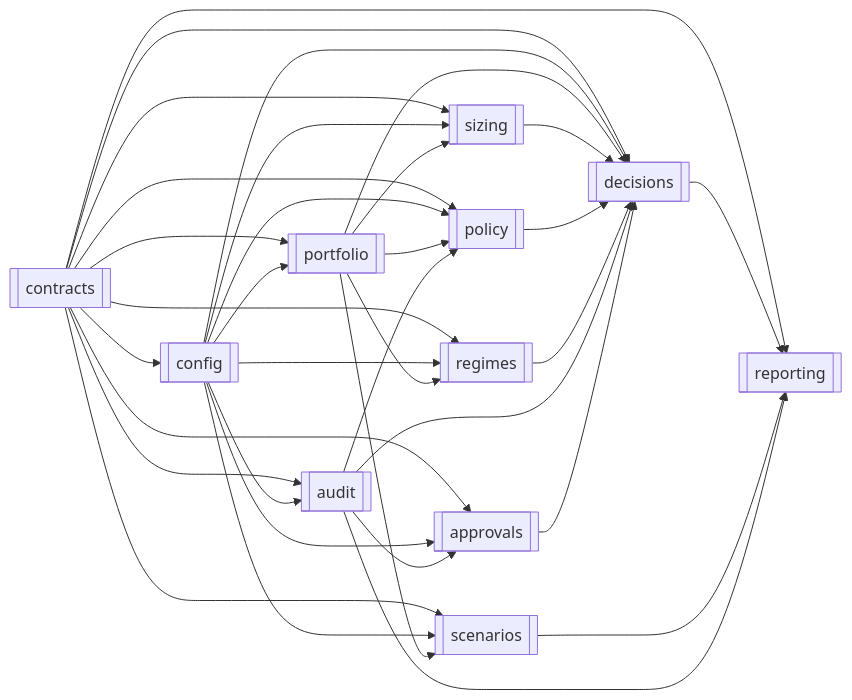
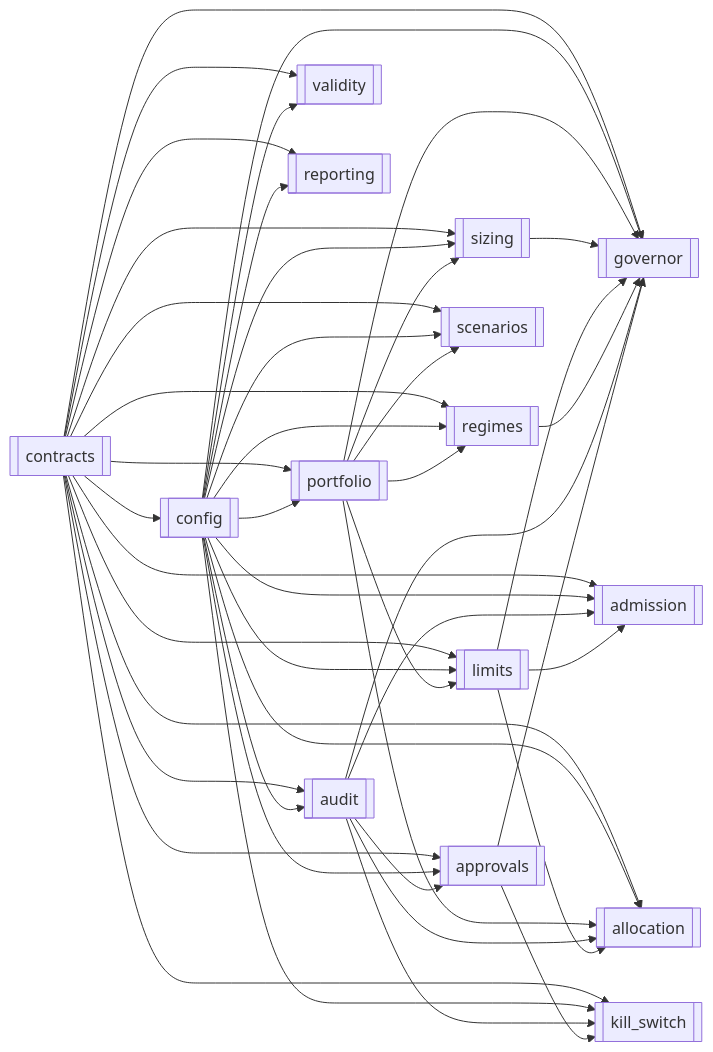
Before and after one commit to haruperi/HaruQuantAI: the second of 3 diagrams in app/services/risk/README.md, drawn with Mermaid. The commit also changed other lines of this file and 2078 other files, not shown here.

````diff
--- a/app/services/risk/README.md
+++ b/app/services/risk/README.md
@@ -200,36 +236,48 @@
 ```mermaid
 flowchart LR
     C[[contracts]] --> CFG[[config]]
     C --> P[[portfolio]]
     CFG --> P
     C --> S[[sizing]]
     CFG --> S
     P --> S
     C --> A[[audit]]
     CFG --> A
-    C --> POL[[policy]]
-    CFG --> POL
-    P --> POL
-    A --> POL
+    C --> L[[limits]]
+    CFG --> L
+    P --> L
     C --> R[[regimes]]
     CFG --> R
     P --> R
+    C --> AD[[admission]]
+    CFG --> AD
+    A --> AD
+    L --> AD
+    C --> AL[[allocation]]
+    CFG --> AL
+    P --> AL
+    A --> AL
+    L --> AL
     C --> AP[[approvals]]
     CFG --> AP
     A --> AP
-    C --> D[[decisions]]
-    CFG --> D
-    P --> D
-    S --> D
-    POL --> D
-    R --> D
-    A --> D
-    AP --> D
+    C --> V[[validity]]
+    CFG --> V
+    C --> G[[governor]]
+    CFG --> G
+    P --> G
+    S --> G
+    L --> G
+    R --> G
+    A --> G
+    AP --> G
+    C --> K[[kill_switch]]
+    CFG --> K
+    A --> K
+    AP --> K
     C --> SC[[scenarios]]
     CFG --> SC
     P --> SC
     C --> REP[[reporting]]
-    D --> REP
-    SC --> REP
-    A --> REP
+    CFG --> REP
 ```
````
